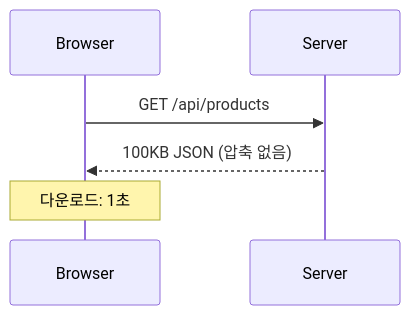
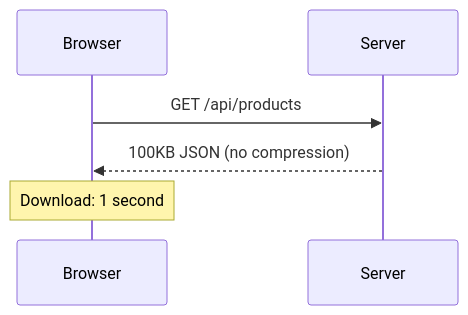
Before and after one commit to cartanova-ai/sonamu: the first of 2 diagrams in modules/docs/en/advanced-features/compress/compress-configuration.mdx, drawn with Mermaid. The commit also changed other lines of this file and 86 other files, not shown here.

````diff
--- a/modules/docs/en/advanced-features/compress/compress-configuration.mdx
+++ b/modules/docs/en/advanced-features/compress/compress-configuration.mdx
@@ -14,9 +14,9 @@
 ```mermaid
 sequenceDiagram
     participant Browser
     participant Server
 
     Browser->>Server: GET /api/products
-    Server-->>Browser: 100KB JSON (압축 없음)
-    Note over Browser: 다운로드: 1초
+    Server-->>Browser: 100KB JSON (no compression)
+    Note over Browser: Download: 1 second
 ```
````
